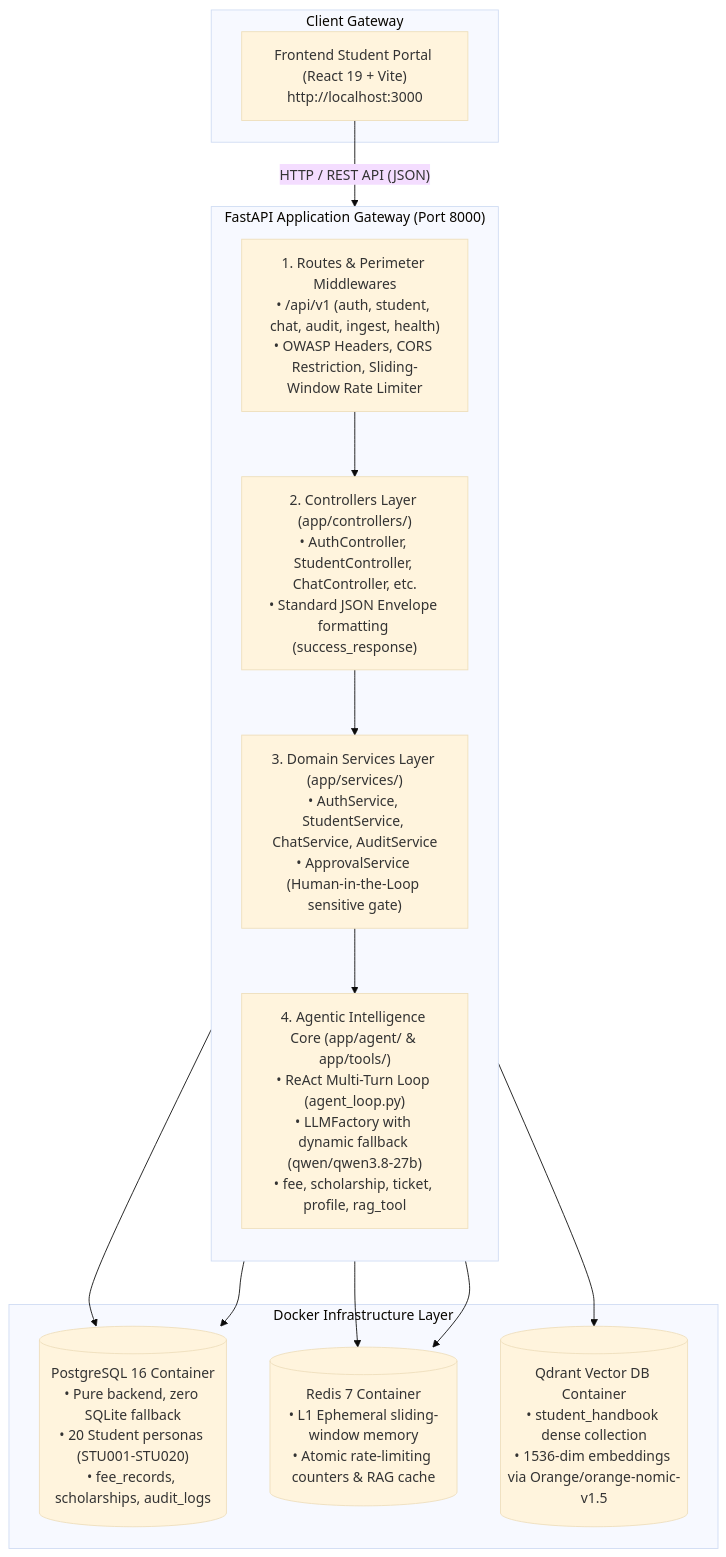
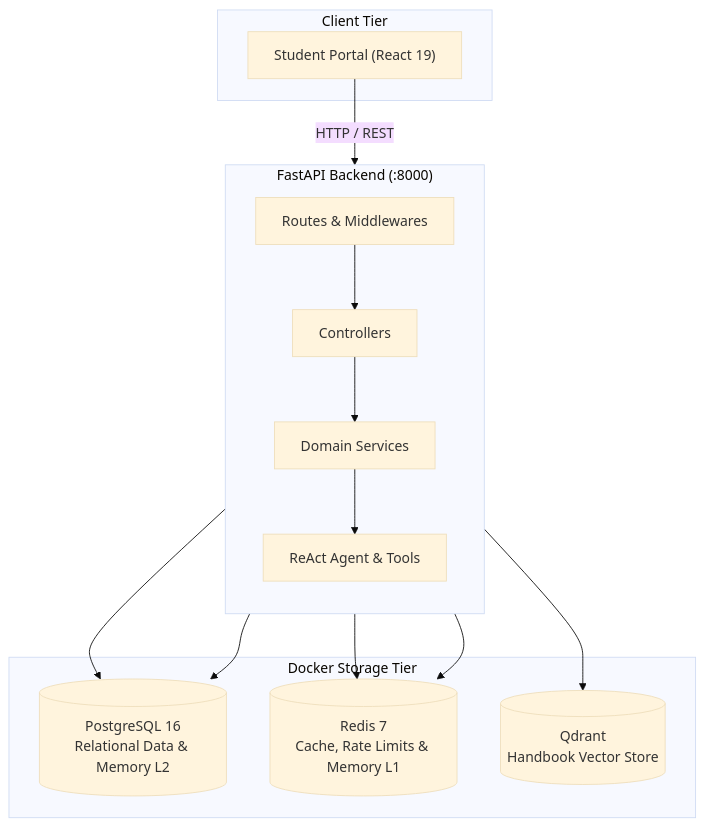
The first of 2 diagrams in Intelligent_Student_Support_Agent/README.md (nakul-cloud/Intelligent_Student_Support_Agent), drawn with Mermaid (base theme) before and after one commit. The commit also changed other lines of this file and 28 other files, not shown here.

Commit message:
feat: add Intelligent Student Support Agent backend with RAG and chat controllers

````diff
--- a/Intelligent_Student_Support_Agent/README.md
+++ b/Intelligent_Student_Support_Agent/README.md
@@ -28,31 +28,31 @@
 ```mermaid
 flowchart TD
-    subgraph ClientTier["Client Gateway"]
-        Frontend["Frontend Student Portal (React 19 + Vite)<br/>http://localhost:3000"]
+    subgraph Client["Client Tier"]
+        Frontend["Student Portal (React 19)"]
     end
 
-    Frontend -->|"HTTP / REST API (JSON)"| Gateway
+    subgraph Backend["FastAPI Backend (:8000)"]
+        direction TB
+        Routes["Routes & Middlewares"]
+        Controllers["Controllers"]
+        Services["Domain Services"]
+        AgentCore["ReAct Agent & Tools"]
 
-    subgraph BackendGateway["FastAPI Application Gateway (Port 8000)"]
-        direction TB
-        Gateway["1. Routes & Perimeter Middlewares<br/>• /api/v1 (auth, student, chat, audit, ingest, health)<br/>• OWASP Headers, CORS Restriction, Sliding-Window Rate Limiter"]
-
-        Gateway --> Controllers["2. Controllers Layer (app/controllers/)<br/>• AuthController, StudentController, ChatController, etc.<br/>• Standard JSON Envelope formatting (success_response)"]
-
-        Controllers --> Services["3. Domain Services Layer (app/services/)<br/>• AuthService, StudentService, ChatService, AuditService<br/>• ApprovalService (Human-in-the-Loop sensitive gate)"]
-
-        Services --> Agent["4. Agentic Intelligence Core (app/agent/ & app/tools/)<br/>• ReAct Multi-Turn Loop (agent_loop.py)<br/>• LLMFactory with dynamic fallback (qwen/qwen3.8-27b)<br/>• fee, scholarship, ticket, profile, rag_tool"]
+        Routes --> Controllers
+        Controllers --> Services
+        Services --> AgentCore
     end
 
-    subgraph DataTier["Docker Infrastructure Layer"]
-        Postgres[("PostgreSQL 16 Container<br/>• Pure backend, zero SQLite fallback<br/>• 20 Student personas (STU001-STU020)<br/>• fee_records, scholarships, audit_logs")]
-        Redis[("Redis 7 Container<br/>• L1 Ephemeral sliding-window memory<br/>• Atomic rate-limiting counters & RAG cache")]
-        Qdrant[("Qdrant Vector DB Container<br/>• student_handbook dense collection<br/>• 1536-dim embeddings via Orange/orange-nomic-v1.5")]
+    subgraph Storage["Docker Storage Tier"]
+        Postgres[("PostgreSQL 16<br/>Relational Data & Memory L2")]
+        Redis[("Redis 7<br/>Cache, Rate Limits & Memory L1")]
+        Qdrant[("Qdrant<br/>Handbook Vector Store")]
     end
 
+    Frontend -->|HTTP / REST| Routes
     Services --> Postgres
     Services --> Redis
-    Agent --> Postgres
-    Agent --> Redis
-    Agent --> Qdrant
+    AgentCore --> Postgres
+    AgentCore --> Redis
+    AgentCore --> Qdrant
 ```
````
